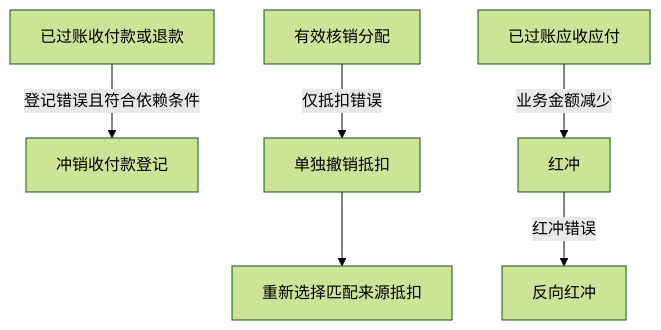
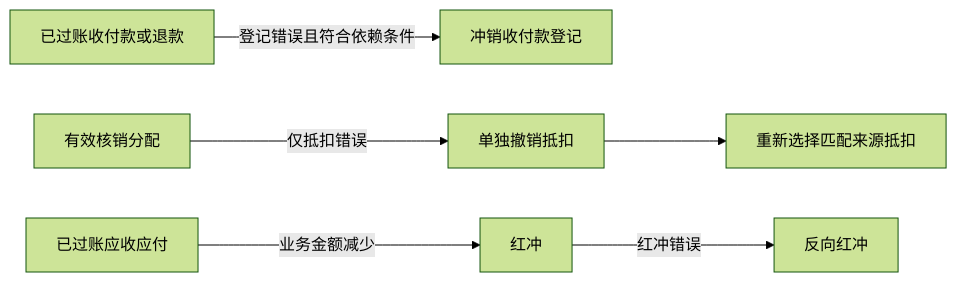
Before and after one commit to saurick/plush-toy-erp: the fourth of 4 diagrams in docs/finance/财务业务与核销.md, drawn with Mermaid (forest theme). The commit also changed 296 other files, not shown here.

Commit message:
feat(erp): 完善业务办理、产品图片和岗位权限

````diff
--- a/docs/finance/财务业务与核销.md
+++ b/docs/finance/财务业务与核销.md
@@ -102,8 +102,8 @@
 ```mermaid
-flowchart TD
+flowchart LR
   payment["已过账收付款或退款"] -->|登记错误且符合依赖条件| reverse["冲销收付款登记"]
   allocation["有效核销分配"] -->|仅抵扣错误| unallocate["单独撤销抵扣"]
   unallocate --> reallocate["重新选择匹配来源抵扣"]
   source["已过账应收应付"] -->|业务金额减少| credit["红冲"]
   credit -->|红冲错误| undo["反向红冲"]
 ```
````
